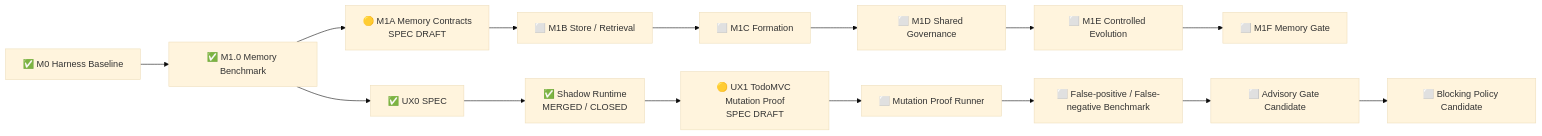
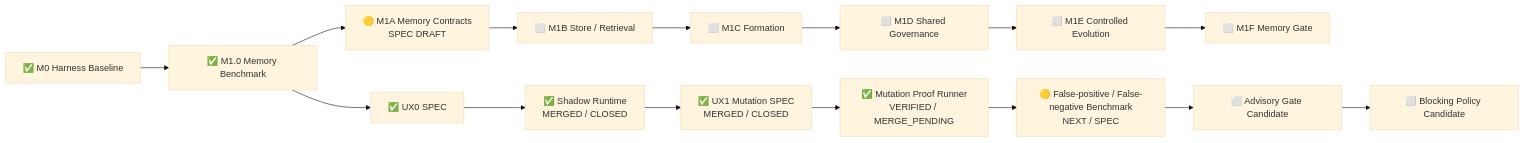
One commit to lsq1030757028/Pytest-playwright-e2e changed the diagram in docs/implementation-status.md. Above: the diagram before and after it, drawn with Mermaid (base theme). The commit also changed other lines of this file and 16 other files, not shown here.

First line of the commit message:
Implement TodoMVC UX Mutation Proof Runner (#37)

````diff
--- a/docs/implementation-status.md
+++ b/docs/implementation-status.md
@@ -46,19 +54,19 @@
 ```mermaid
 flowchart LR
     A[✅ M0 Harness Baseline]
     --> B[✅ M1.0 Memory Benchmark]
     --> C[🟡 M1A Memory Contracts<br/>SPEC DRAFT]
     --> D[⬜ M1B Store / Retrieval]
     --> E[⬜ M1C Formation]
     --> F[⬜ M1D Shared Governance]
     --> G[⬜ M1E Controlled Evolution]
     --> H[⬜ M1F Memory Gate]
 
     B --> U1[✅ UX0 SPEC]
     U1 --> U2[✅ Shadow Runtime<br/>MERGED / CLOSED]
-    U2 --> U3[🟡 UX1 TodoMVC Mutation Proof<br/>SPEC DRAFT]
-    U3 --> U4[⬜ Mutation Proof Runner]
-    U4 --> U5[⬜ False-positive / False-negative Benchmark]
+    U2 --> U3[✅ UX1 Mutation SPEC<br/>MERGED / CLOSED]
+    U3 --> U4[✅ Mutation Proof Runner<br/>VERIFIED / MERGE_PENDING]
+    U4 --> U5[🟡 False-positive / False-negative Benchmark<br/>NEXT / SPEC]
     U5 --> U6[⬜ Advisory Gate Candidate]
     U6 --> U7[⬜ Blocking Policy Candidate]
 ```
````
